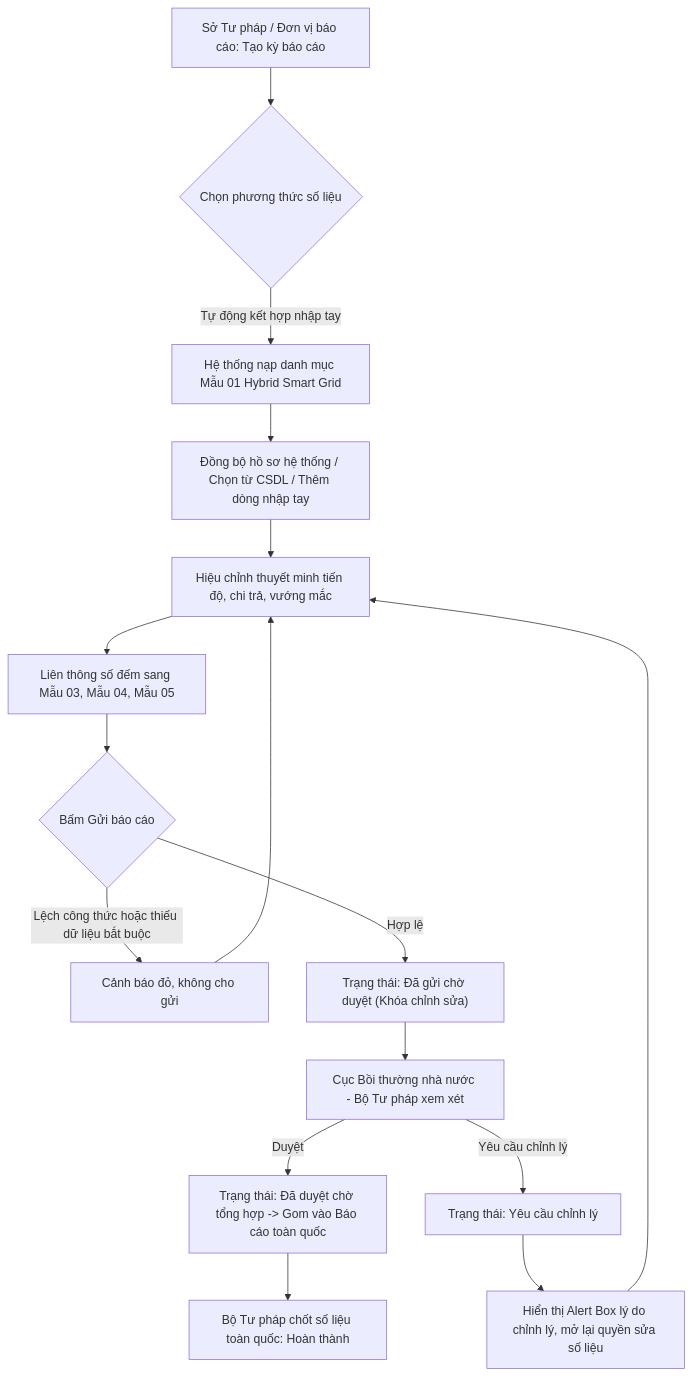
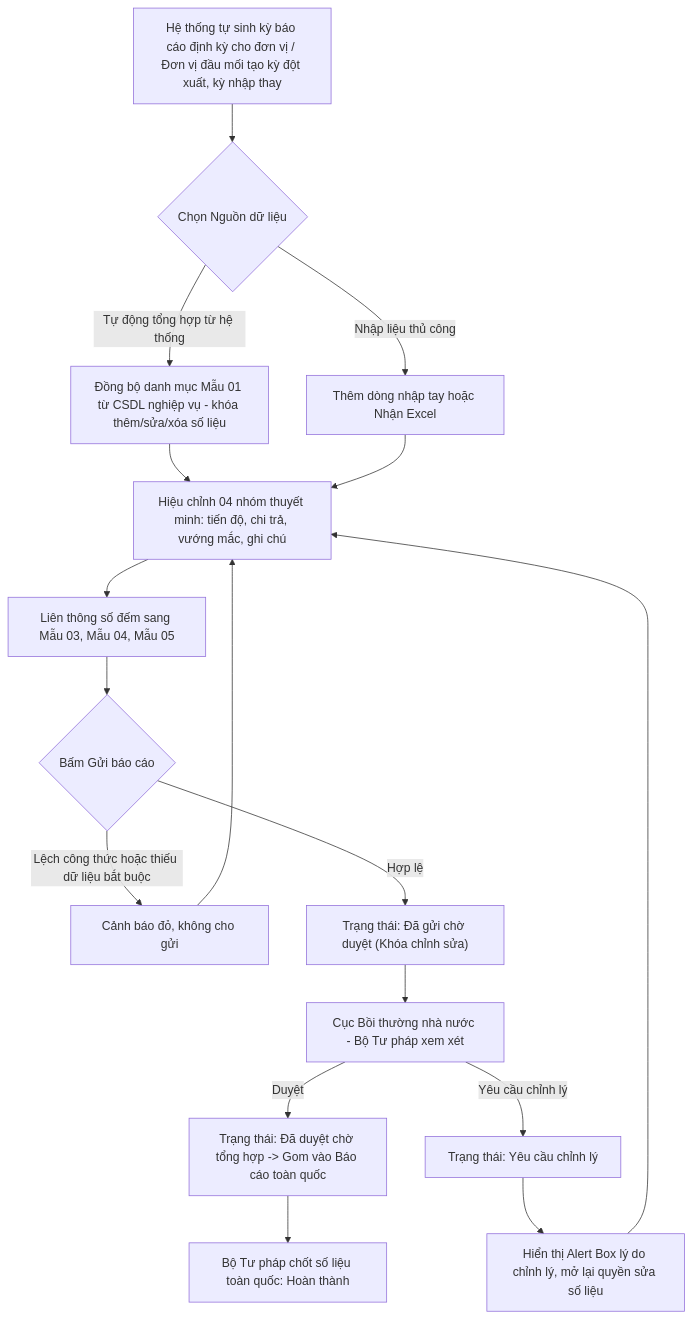
The diagram in Tai lieu phan tich/03_Website_Quan_tri/03_Cong_tac_boi_thuong/SRS_BTNN_QuanLyBaoCao_TT08.md (huyendt2007/BPBD_UI), drawn with Mermaid before and after one commit. The commit also changed other lines of this file and 19 other files, not shown here.

Commit message:
Hoàn thành QĐ giải quyết bồi thường + hiệu chỉnh Xem xét trách nhiệm hoàn trả

````diff
--- a/Tai lieu phan tich/03_Website_Quan_tri/03_Cong_tac_boi_thuong/SRS_BTNN_QuanLyBaoCao_TT08.md
+++ b/Tai lieu phan tich/03_Website_Quan_tri/03_Cong_tac_boi_thuong/SRS_BTNN_QuanLyBaoCao_TT08.md
@@ -29,18 +30,19 @@
 ```mermaid
 flowchart TD
-    A[Sở Tư pháp / Đơn vị báo cáo: Tạo kỳ báo cáo] --> B{Chọn phương thức số liệu}
-    B -->|Tự động kết hợp nhập tay| C[Hệ thống nạp danh mục Mẫu 01 Hybrid Smart Grid]
-    C --> D[Đồng bộ hồ sơ hệ thống / Chọn từ CSDL / Thêm dòng nhập tay]
-    D --> E[Hiệu chỉnh thuyết minh tiến độ, chi trả, vướng mắc]
+    A[Hệ thống tự sinh kỳ báo cáo định kỳ cho đơn vị / Đơn vị đầu mối tạo kỳ đột xuất, kỳ nhập thay] --> B{Chọn Nguồn dữ liệu}
+    B -->|Tự động tổng hợp từ hệ thống| C1[Đồng bộ danh mục Mẫu 01 từ CSDL nghiệp vụ - khóa thêm/sửa/xóa số liệu]
+    B -->|Nhập liệu thủ công| C2[Thêm dòng nhập tay hoặc Nhận Excel]
+    C1 --> E[Hiệu chỉnh 04 nhóm thuyết minh: tiến độ, chi trả, vướng mắc, ghi chú]
+    C2 --> E
     E --> F[Liên thông số đếm sang Mẫu 03, Mẫu 04, Mẫu 05]
     F --> G{Bấm Gửi báo cáo}
     G -->|Lệch công thức hoặc thiếu dữ liệu bắt buộc| H[Cảnh báo đỏ, không cho gửi]
     H --> E
     G -->|Hợp lệ| I["Trạng thái: Đã gửi chờ duyệt (Khóa chỉnh sửa)"]
     I --> J[Cục Bồi thường nhà nước - Bộ Tư pháp xem xét]
     J -->|Duyệt| K["Trạng thái: Đã duyệt chờ tổng hợp -> Gom vào Báo cáo toàn quốc"]
     J -->|Yêu cầu chỉnh lý| L["Trạng thái: Yêu cầu chỉnh lý"]
     L --> M[Hiển thị Alert Box lý do chỉnh lý, mở lại quyền sửa số liệu]
     M --> E
     K --> N[Bộ Tư pháp chốt số liệu toàn quốc: Hoàn thành]
 ```
````
